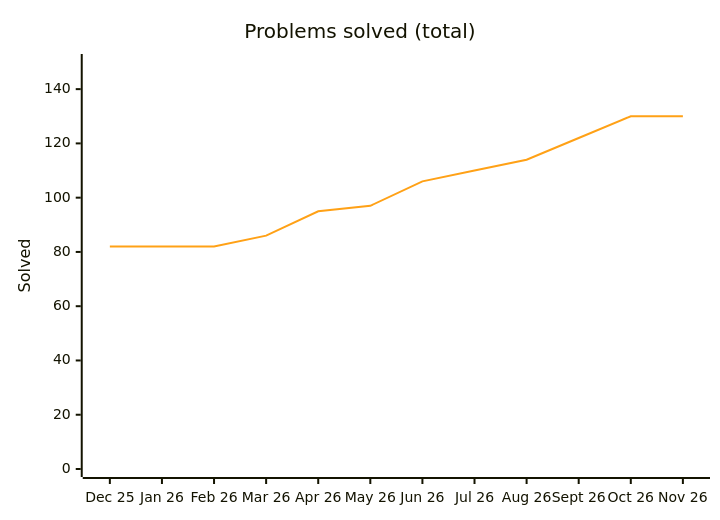
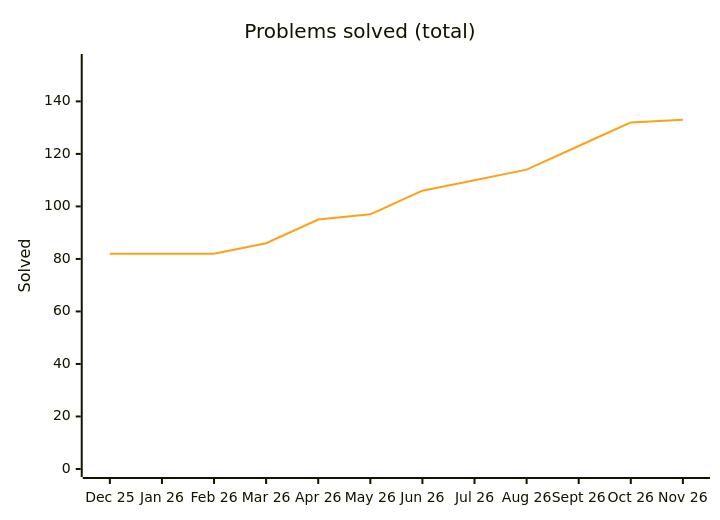
The diagram in README.md (Ved-u/Java-DSA), drawn with Mermaid before and after one commit. The commit also changed other lines of this file and 7 other files, not shown here.

````diff
--- a/README.md
+++ b/README.md
@@ -53,8 +53,8 @@
 ```mermaid
 %%{init: {"themeVariables": {"xyChart": {"plotColorPalette": "#ffa116"}}}}%%
 xychart-beta
     title "Problems solved (total)"
     x-axis ["Dec 25", "Jan 26", "Feb 26", "Mar 26", "Apr 26", "May 26", "Jun 26", "Jul 26", "Aug 26", "Sept 26", "Oct 26", "Nov 26"]
-    y-axis "Solved" 0 --> 150
-    line [82, 82, 82, 86, 95, 97, 106, 110, 114, 122, 130, 130]
+    y-axis "Solved" 0 --> 155
+    line [82, 82, 82, 86, 95, 97, 106, 110, 114, 123, 132, 133]
 ```
````
